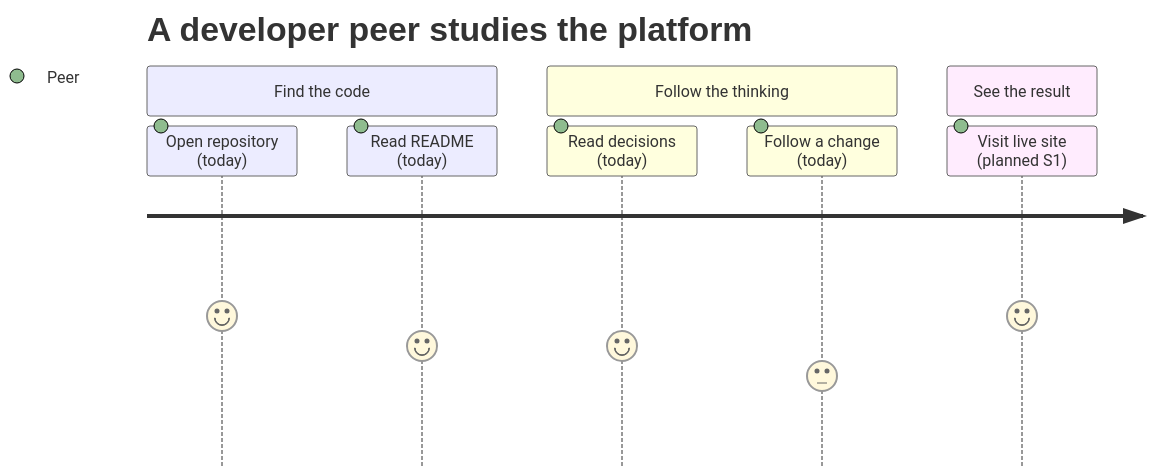
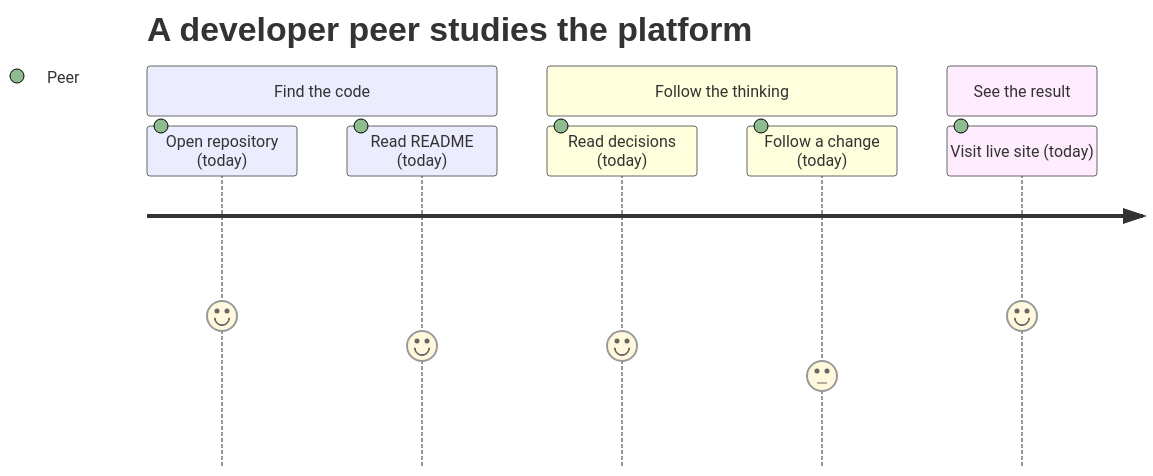
The third of 4 diagrams in docs/USER_JOURNEY.md (ycmcuenca/ycmcuenca-core), drawn with Mermaid before and after one commit. The commit also changed other lines of this file and 3 other files, not shown here.

````diff
--- a/docs/USER_JOURNEY.md
+++ b/docs/USER_JOURNEY.md
@@ -76,12 +76,12 @@
 ```mermaid
 journey
     title A developer peer studies the platform
     section Find the code
       Open repository (today): 5: Peer
       Read README (today): 4: Peer
     section Follow the thinking
       Read decisions (today): 4: Peer
       Follow a change (today): 3: Peer
     section See the result
-      Visit live site (planned S1): 5: Peer
+      Visit live site (today): 5: Peer
 ```
````
